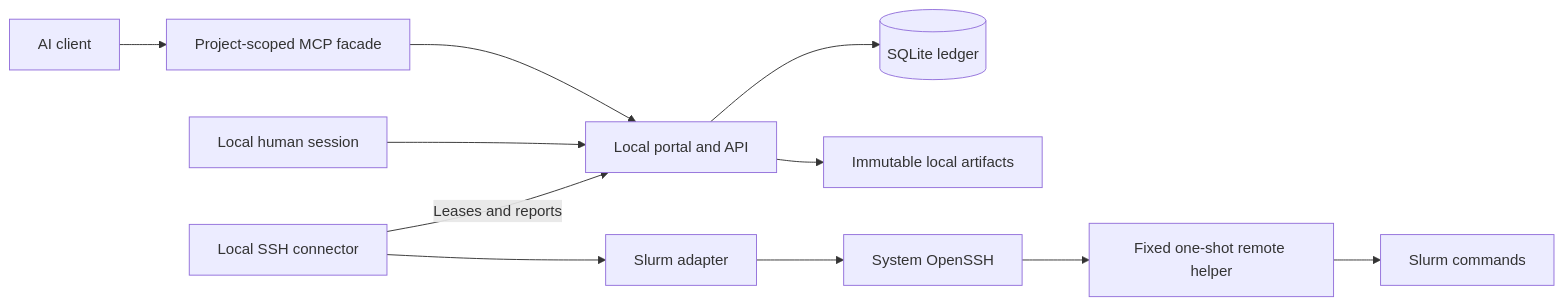
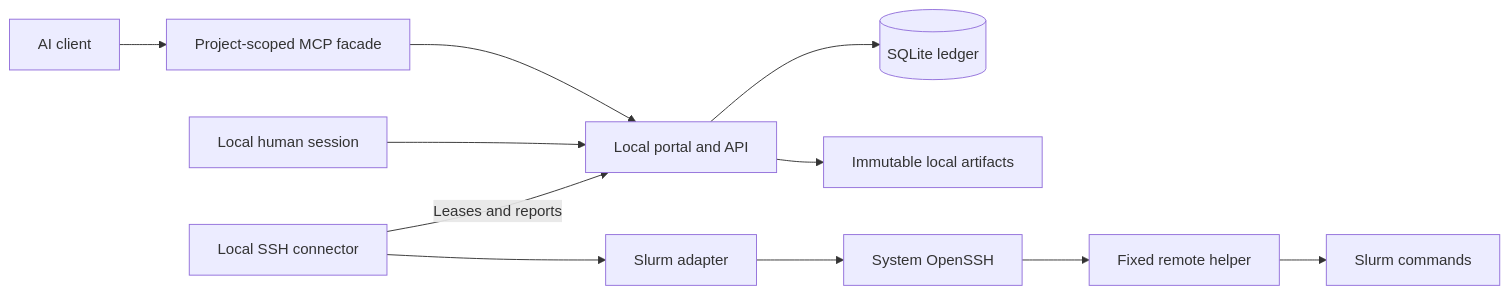
The first of 2 diagrams in docs/architecture.md (schmitfe/compute-relay), drawn with Mermaid before and after one commit. The commit also changed other lines of this file and 33 other files, not shown here.

````diff
--- a/docs/architecture.md
+++ b/docs/architecture.md
@@ -22,13 +9,13 @@
 ```mermaid
 flowchart LR
     A[AI client] --> F[Project-scoped MCP facade]
     F --> C[Local portal and API]
     H[Local human session] --> C
     C --> D[(SQLite ledger)]
     C --> O[Immutable local artifacts]
     W[Local SSH connector] -->|Leases and reports| C
     W --> S[Slurm adapter]
     S --> T[System OpenSSH]
-    T --> R[Fixed one-shot remote helper]
+    T --> R[Fixed remote helper]
     R --> L[Slurm commands]
 ```
````
